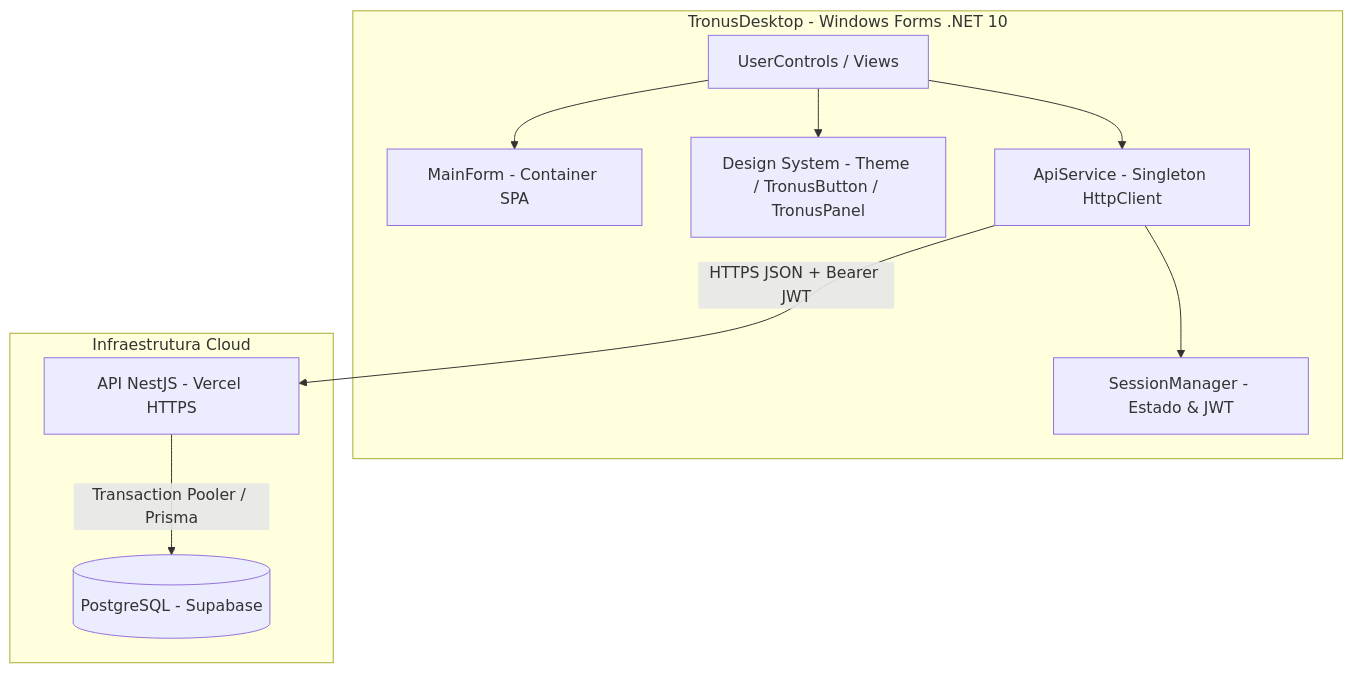
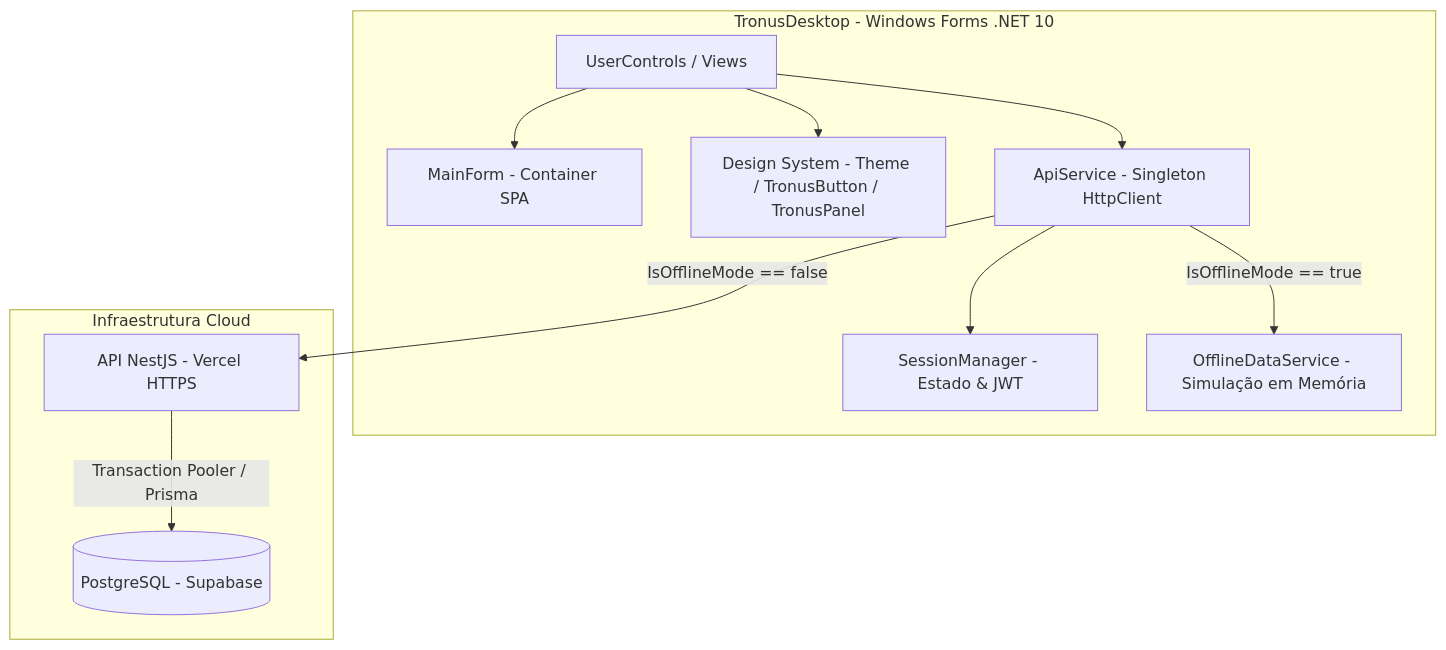
One commit to Pim-Unip2025/desktop changed the first of 2 diagrams in README.md. Above: the diagram before and after it, drawn with Mermaid. The commit also changed other lines of this file and 18 other files, not shown here.

````diff
--- a/README.md
+++ b/README.md
@@ -40,22 +41,24 @@
 ```mermaid
 graph TD
     subgraph Cliente Desktop [TronusDesktop - Windows Forms .NET 10]
         MainForm[MainForm - Container SPA]
         Views[UserControls / Views]
         UI[Design System - Theme / TronusButton / TronusPanel]
         Session[SessionManager - Estado & JWT]
         Api[ApiService - Singleton HttpClient]
+        Offline[OfflineDataService - Simulação em Memória]
     end
 
     subgraph Nuvem [Infraestrutura Cloud]
         Endpoint[API NestJS - Vercel HTTPS]
         DB[(PostgreSQL - Supabase)]
     end
 
     Views --> UI
     Views --> MainForm
     Views --> Api
     Api --> Session
-    Api -->|HTTPS JSON + Bearer JWT| Endpoint
+    Api -->|IsOfflineMode == false| Endpoint
+    Api -->|IsOfflineMode == true| Offline
     Endpoint -->|Transaction Pooler / Prisma| DB
 ```
````
